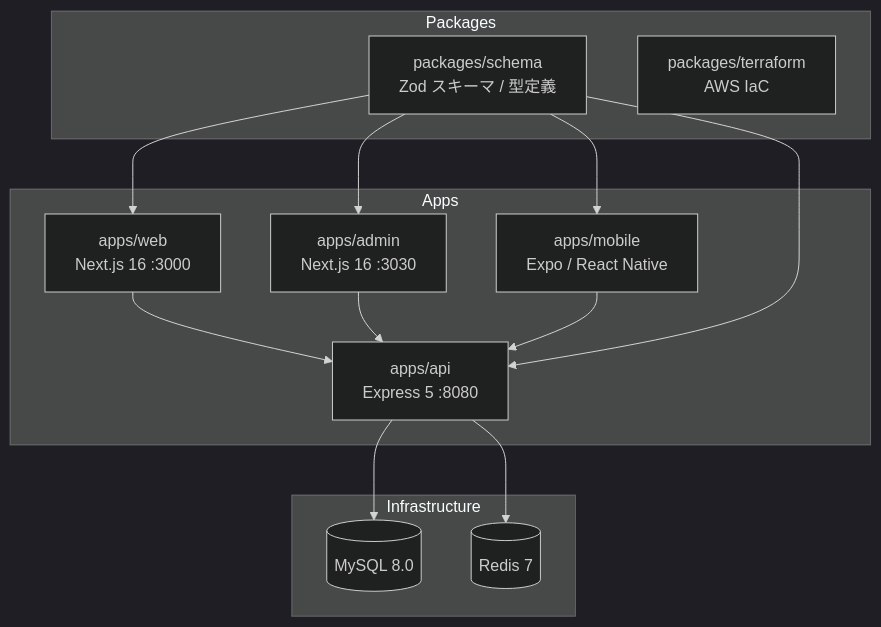
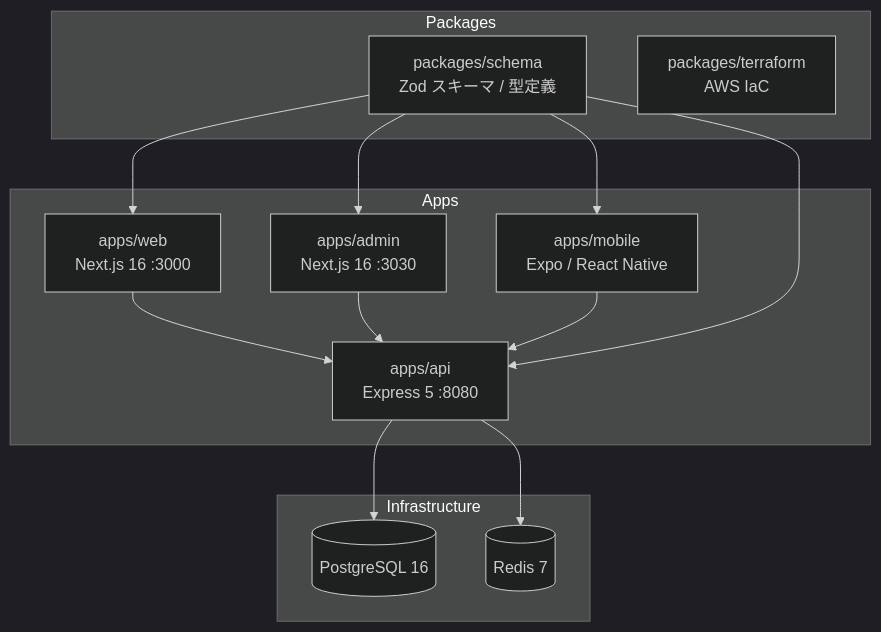
Before and after one commit to kentakki416/project-template: the diagram in README.md, drawn with Mermaid (dark theme). The commit also changed other lines of this file and 64 other files, not shown here.

First line of the commit message:
feat: MySQL から PostgreSQL への移行と CI テスト追加

````diff
--- a/README.md
+++ b/README.md
@@ -25,29 +25,29 @@
 ```mermaid
 graph TB
     subgraph Apps
         Web["apps/web<br/>Next.js 16 :3000"]
         Admin["apps/admin<br/>Next.js 16 :3030"]
         Mobile["apps/mobile<br/>Expo / React Native"]
         API["apps/api<br/>Express 5 :8080"]
     end
 
     subgraph Packages
         Schema["packages/schema<br/>Zod スキーマ / 型定義"]
         Terraform["packages/terraform<br/>AWS IaC"]
     end
 
     subgraph Infrastructure
-        MySQL[(MySQL 8.0)]
+        PostgreSQL[(PostgreSQL 16)]
         Redis[(Redis 7)]
     end
 
     Web --> API
     Admin --> API
     Mobile --> API
-    API --> MySQL
+    API --> PostgreSQL
     API --> Redis
     Schema --> Web
     Schema --> Admin
     Schema --> Mobile
     Schema --> API
 ```
````
